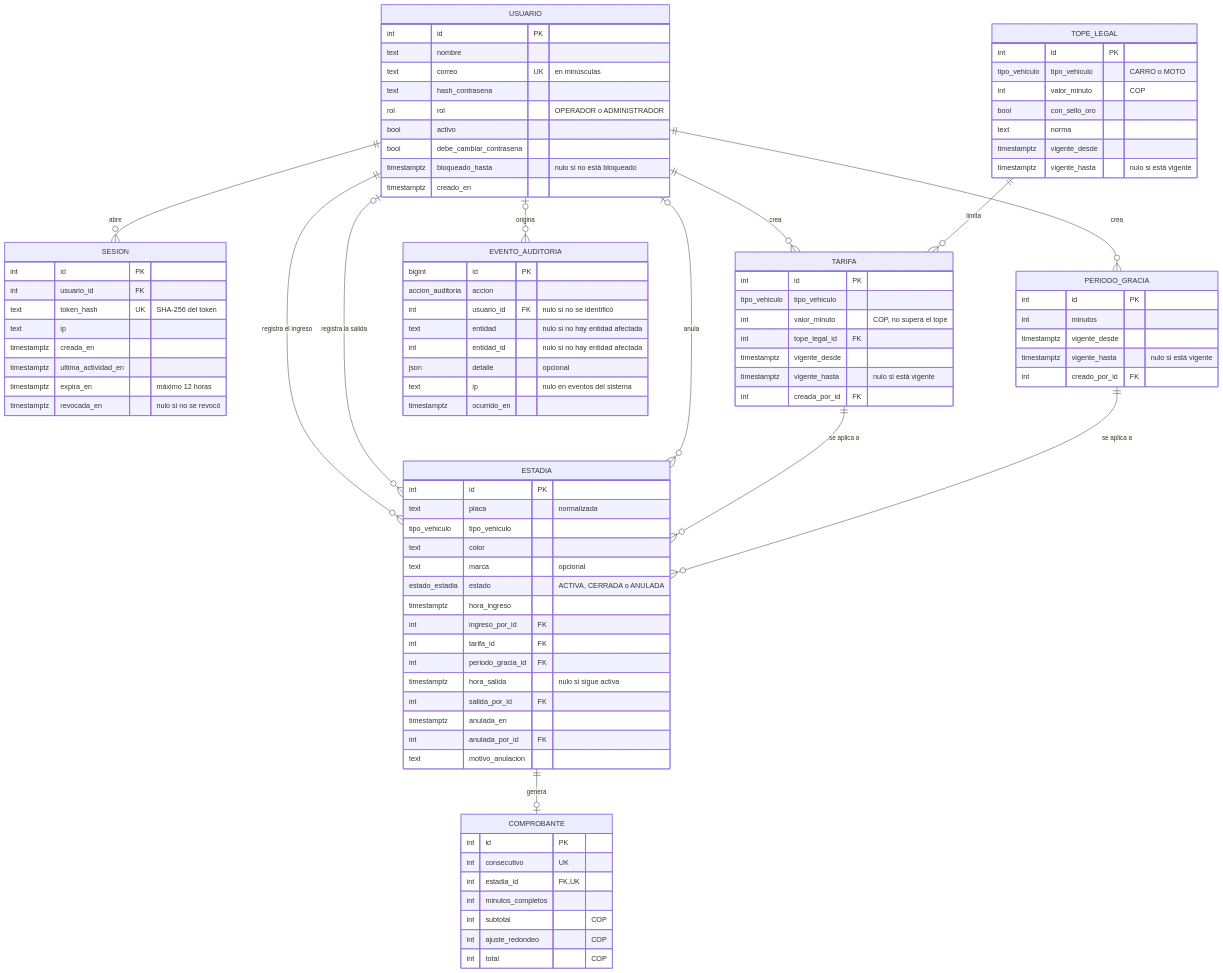
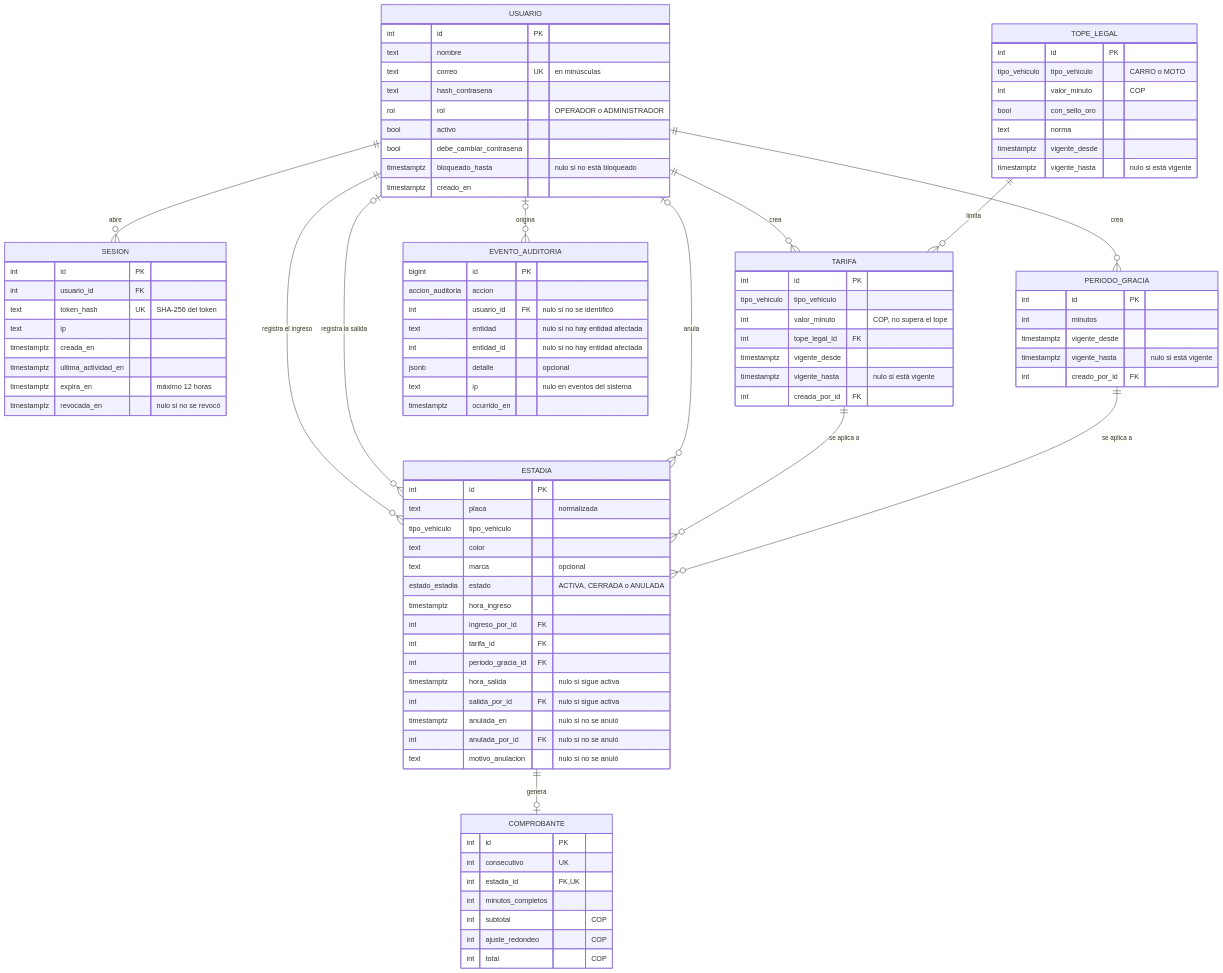
The second of 2 diagrams in docs/modelo-datos.md (wrafael91/parkapp), drawn with Mermaid before and after one commit. The commit also changed other lines of this file, not shown here.

```diff
--- a/docs/modelo-datos.md
+++ b/docs/modelo-datos.md
@@ -149,10 +149,10 @@
         int tarifa_id FK
         int periodo_gracia_id FK
         timestamptz hora_salida "nulo si sigue activa"
-        int salida_por_id FK
-        timestamptz anulada_en
-        int anulada_por_id FK
-        text motivo_anulacion
+        int salida_por_id FK "nulo si sigue activa"
+        timestamptz anulada_en "nulo si no se anuló"
+        int anulada_por_id FK "nulo si no se anuló"
+        text motivo_anulacion "nulo si no se anuló"
     }
     COMPROBANTE {
         int id PK
@@ -169,7 +169,7 @@
         int usuario_id FK "nulo si no se identificó"
         text entidad "nulo si no hay entidad afectada"
         int entidad_id "nulo si no hay entidad afectada"
-        json detalle "opcional"
+        jsonb detalle "opcional"
         text ip "nulo en eventos del sistema"
         timestamptz ocurrido_en
     }
```
